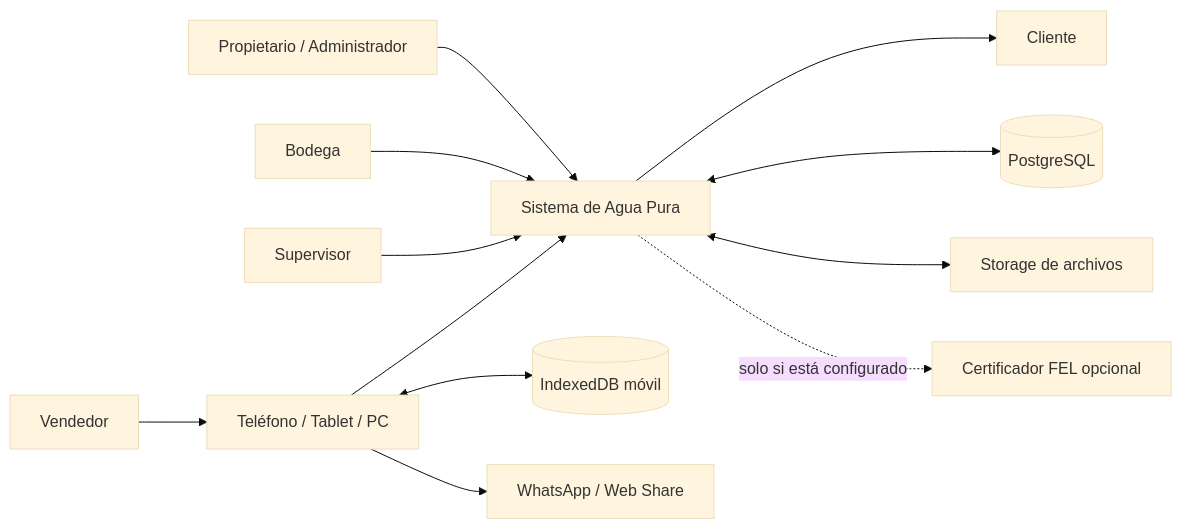
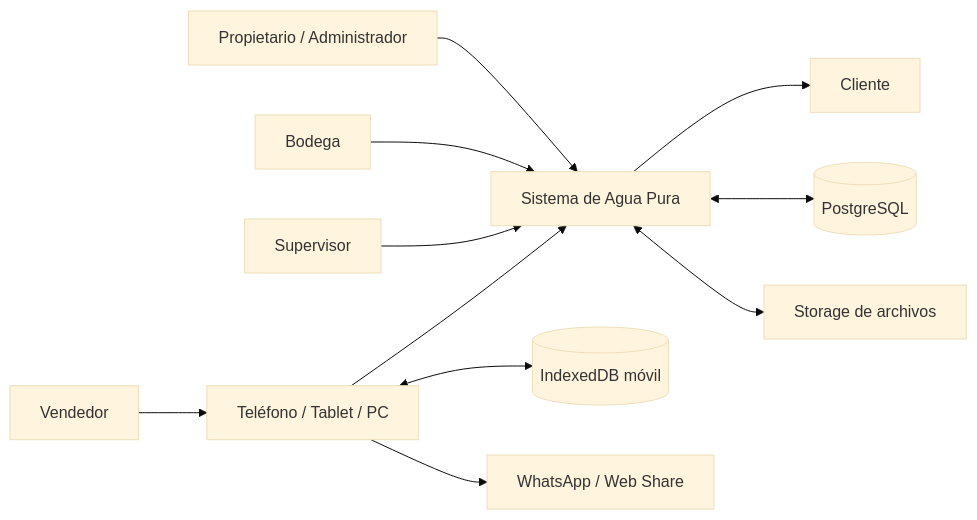
One commit to mchiroyl/purified-water-management changed the diagram in diagrams/context/system-context.mmd. Above: the diagram before and after it, drawn with Mermaid (base theme). The commit also changed 73 other files, not shown here.

```diff
--- a/diagrams/context/system-context.mmd
+++ b/diagrams/context/system-context.mmd
@@ -1,24 +1,22 @@
 flowchart LR
     Owner["Propietario / Administrador"]
     Warehouse["Bodega"]
     Seller["Vendedor"]
     Supervisor["Supervisor"]
     Customer["Cliente"]
     Device["Teléfono / Tablet / PC"]
     System["Sistema de Agua Pura"]
     DB[("PostgreSQL")]
     IDB[("IndexedDB móvil")]
     Storage["Storage de archivos"]
     WhatsApp["WhatsApp / Web Share"]
-    Fel["Certificador FEL opcional"]
 
     Owner --> System
     Warehouse --> System
     Seller --> Device --> System
     Supervisor --> System
     System --> Customer
     Device <--> IDB
     System <--> DB
     System <--> Storage
     Device --> WhatsApp
-    System -. "solo si está configurado" .-> Fel
```
